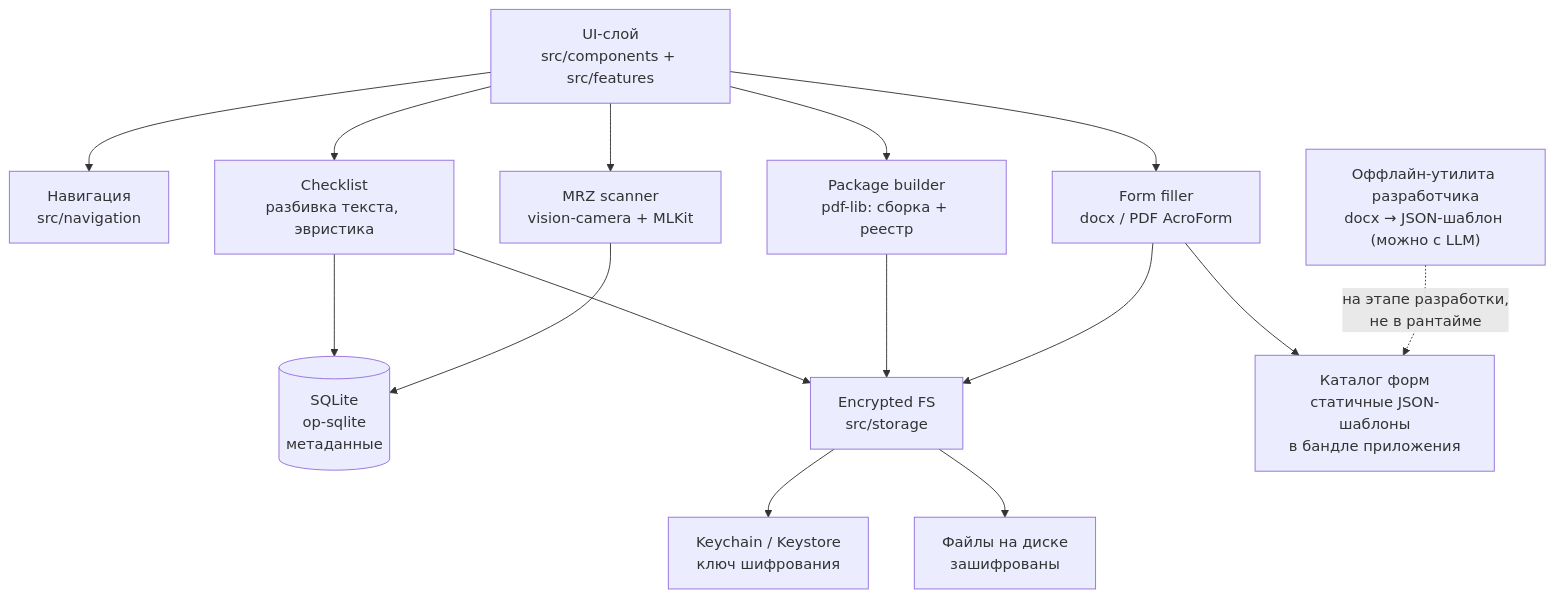
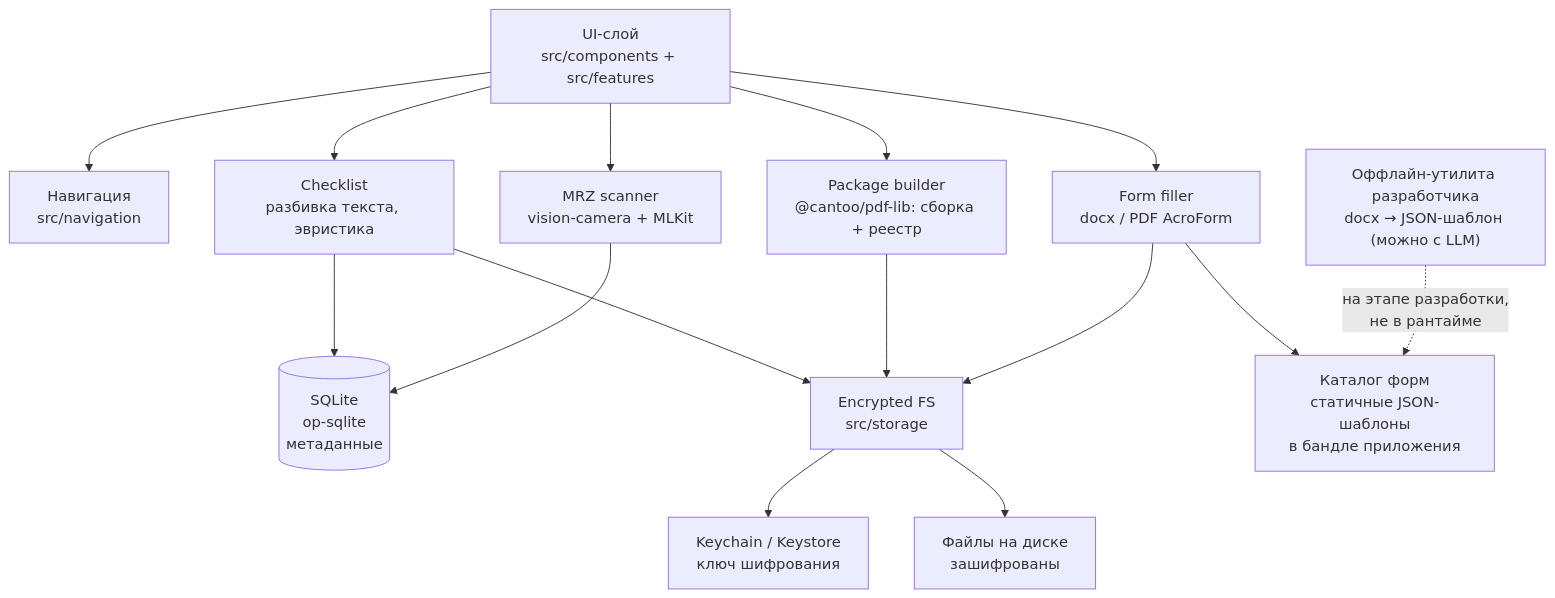
The diagram in docs/architecture.md (dplatonova1/go-docs), drawn with Mermaid before and after one commit. The commit also changed other lines of this file and 11 other files, not shown here.

````diff
--- a/docs/architecture.md
+++ b/docs/architecture.md
@@ -22,23 +22,23 @@
 ```mermaid
 graph TD
     UI["UI-слой<br/>src/components + src/features"]
     NAV["Навигация<br/>src/navigation"]
 
     UI --> NAV
     UI --> CHK["Checklist<br/>разбивка текста, эвристика"]
-    UI --> PKG["Package builder<br/>pdf-lib: сборка + реестр"]
+    UI --> PKG["Package builder<br/>@cantoo/pdf-lib: сборка + реестр"]
     UI --> FORMS["Form filler<br/>docx / PDF AcroForm"]
     UI --> MRZ["MRZ scanner<br/>vision-camera + MLKit"]
 
     CHK --> DB[("SQLite<br/>op-sqlite<br/>метаданные")]
     CHK --> FS["Encrypted FS<br/>src/storage"]
     PKG --> FS
     FORMS --> FS
     FORMS --> CAT["Каталог форм<br/>статичные JSON-шаблоны<br/>в бандле приложения"]
     MRZ --> DB
 
     FS --> KEY["Keychain / Keystore<br/>ключ шифрования"]
     FS --> DISK["Файлы на диске<br/>зашифрованы"]
 
     DEV["Оффлайн-утилита разработчика<br/>docx → JSON-шаблон (можно с LLM)"] -.->|"на этапе разработки,<br/>не в рантайме"| CAT
 ```
````
